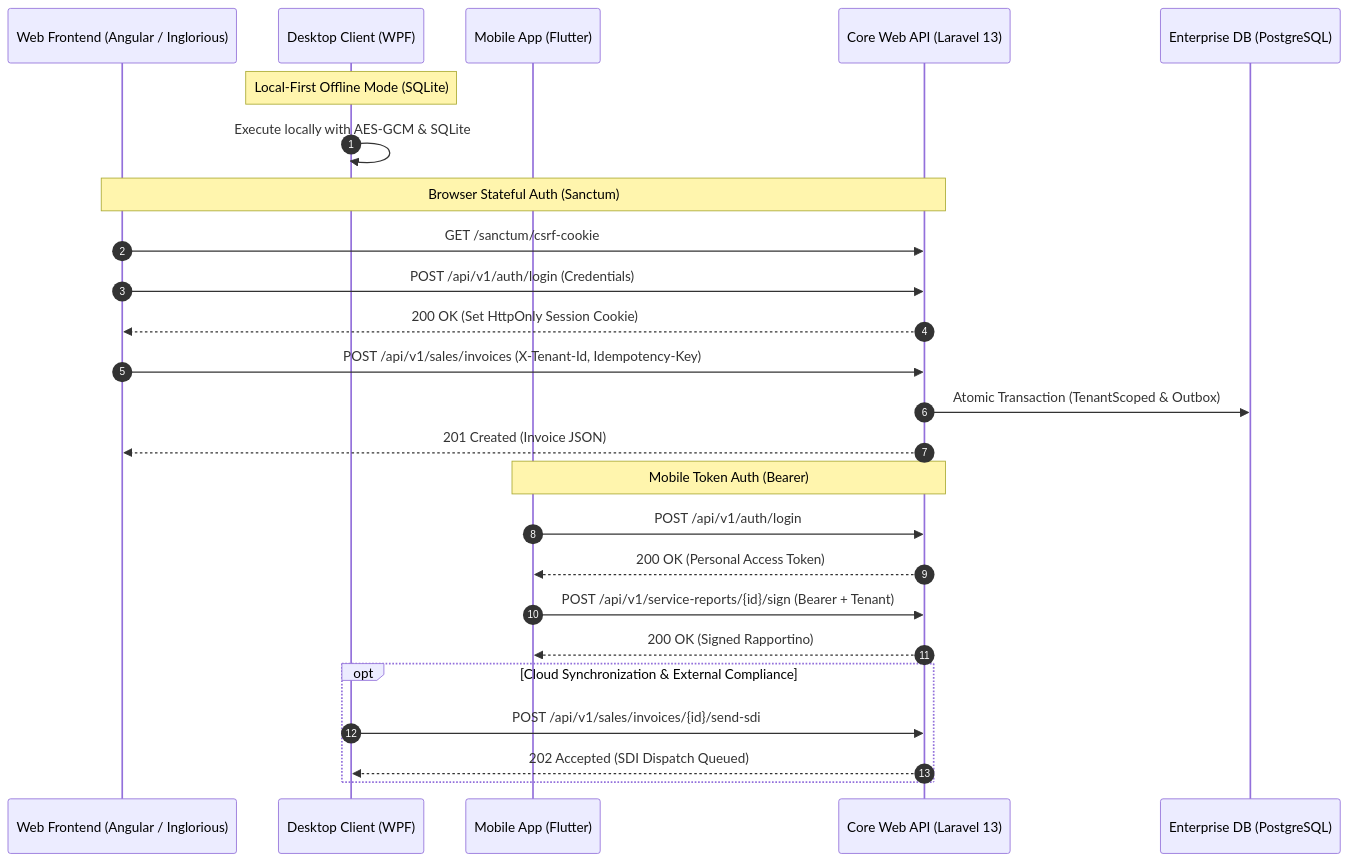
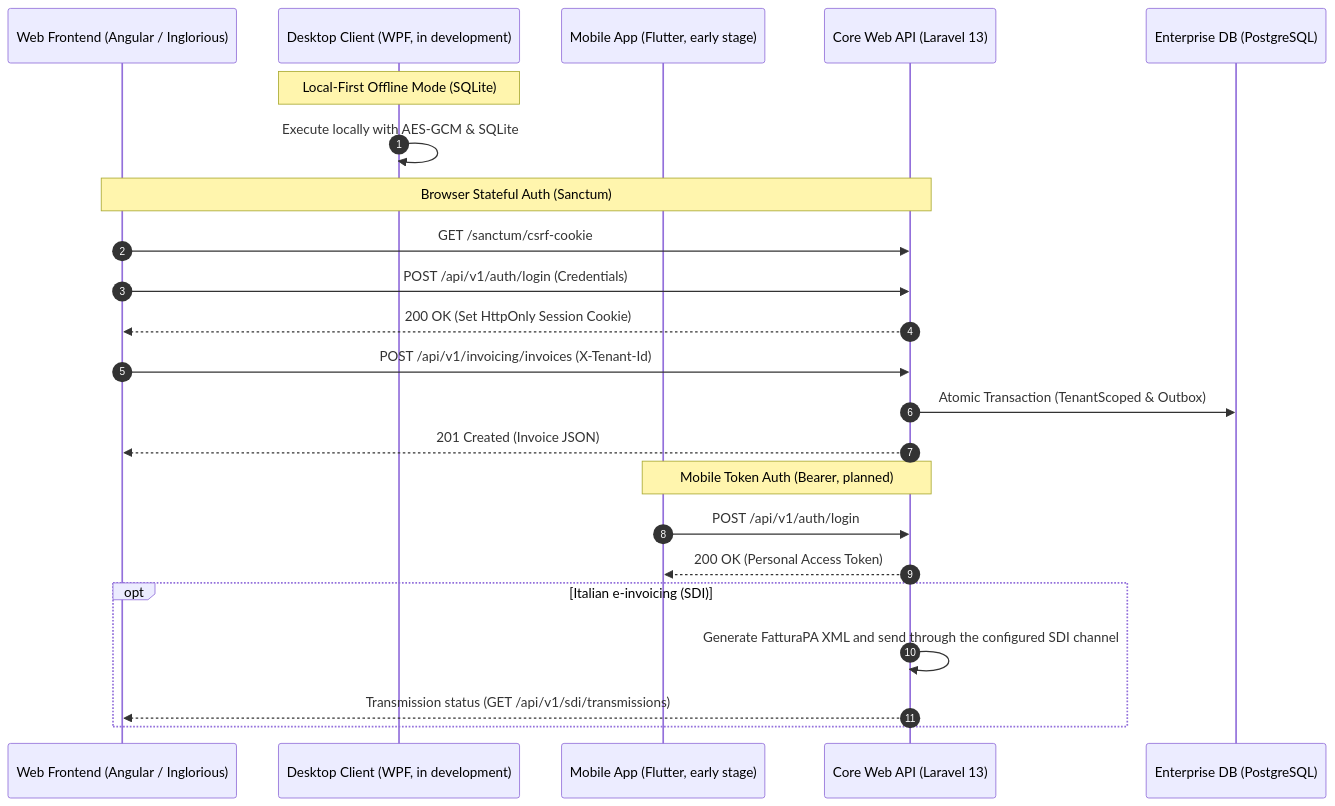
Before and after one commit to FatturaFacile/FatturaFacile: the second of 2 diagrams in README.md, drawn with Mermaid. The commit also changed other lines of this file, not shown here.

````diff
--- a/README.md
+++ b/README.md
@@ -97,31 +120,29 @@
 ```mermaid
 sequenceDiagram
     autonumber
     participant UI as Web Frontend (Angular / Inglorious)
-    participant Desk as Desktop Client (WPF)
-    participant Mob as Mobile App (Flutter)
+    participant Desk as Desktop Client (WPF, in development)
+    participant Mob as Mobile App (Flutter, early stage)
     participant API as Core Web API (Laravel 13)
     participant DB as Enterprise DB (PostgreSQL)
 
     Note over Desk: Local-First Offline Mode (SQLite)
     Desk->>Desk: Execute locally with AES-GCM & SQLite
 
     Note over UI,API: Browser Stateful Auth (Sanctum)
     UI->>API: GET /sanctum/csrf-cookie
     UI->>API: POST /api/v1/auth/login (Credentials)
     API-->>UI: 200 OK (Set HttpOnly Session Cookie)
-    UI->>API: POST /api/v1/sales/invoices (X-Tenant-Id, Idempotency-Key)
+    UI->>API: POST /api/v1/invoicing/invoices (X-Tenant-Id)
     API->>DB: Atomic Transaction (TenantScoped & Outbox)
     API-->>UI: 201 Created (Invoice JSON)
 
-    Note over Mob,API: Mobile Token Auth (Bearer)
+    Note over Mob,API: Mobile Token Auth (Bearer, planned)
     Mob->>API: POST /api/v1/auth/login
     API-->>Mob: 200 OK (Personal Access Token)
-    Mob->>API: POST /api/v1/service-reports/{id}/sign (Bearer + Tenant)
-    API-->>Mob: 200 OK (Signed Rapportino)
 
-    opt Cloud Synchronization & External Compliance
-        Desk->>API: POST /api/v1/sales/invoices/{id}/send-sdi
-        API-->>Desk: 202 Accepted (SDI Dispatch Queued)
+    opt Italian e-invoicing (SDI)
+        API->>API: Generate FatturaPA XML and send through the configured SDI channel
+        API-->>UI: Transmission status (GET /api/v1/sdi/transmissions)
     end
 ```
````
